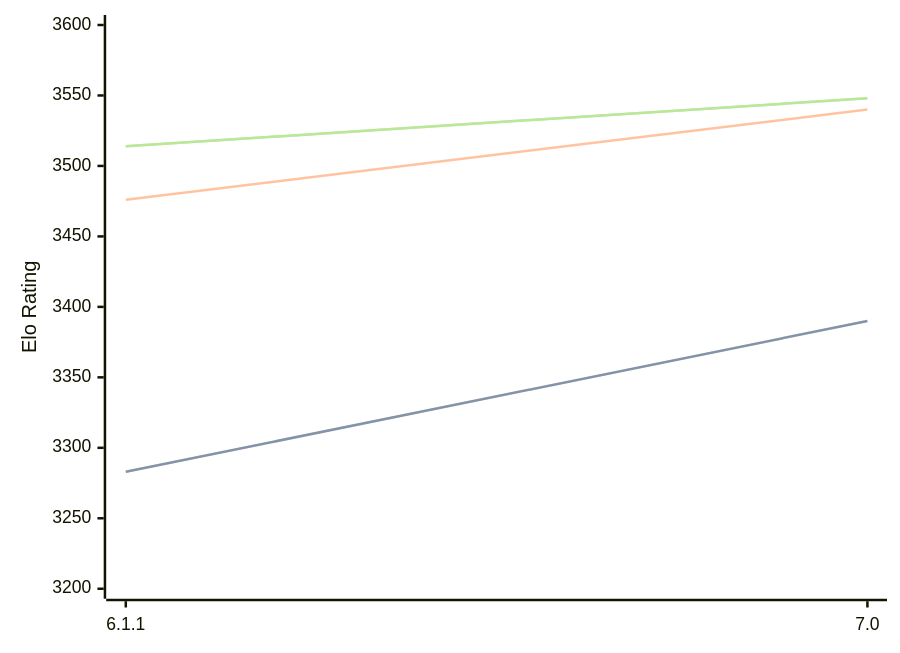
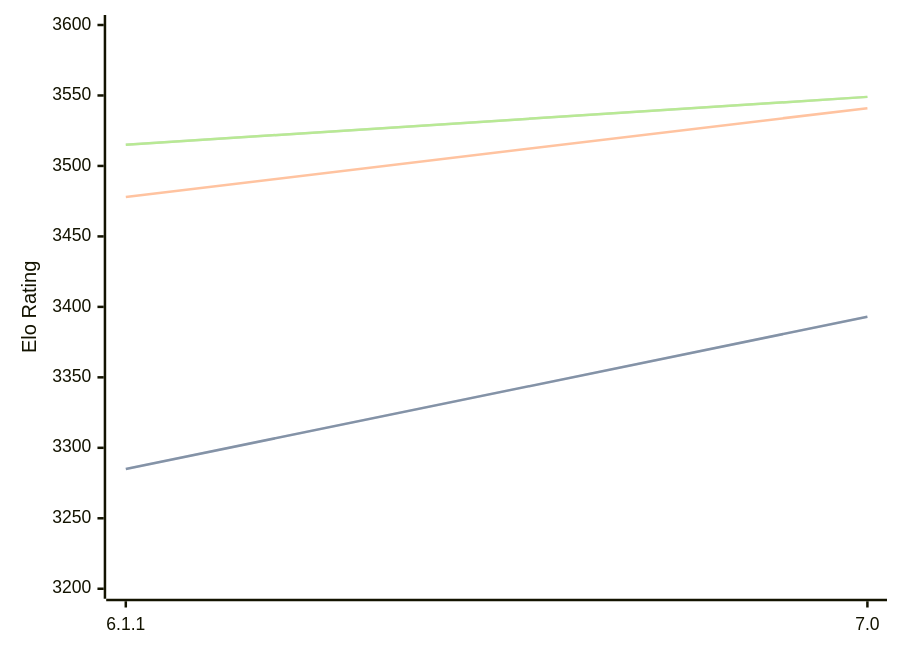
One commit to computer-chess-index/cci changed the diagram in engines/Astra.md. Above: the diagram before and after it, drawn with Mermaid. The commit also changed other lines of this file, not shown here.

Commit message:
Update CCI Ratings (ELO VLTC) - 2026-09-01

````diff
--- a/engines/Astra.md
+++ b/engines/Astra.md
@@ -32,11 +32,11 @@
 ```mermaid
 %%{init: {"theme":"base","themeVariables":{"seriesColors:['#a3a3a3','#222221','#faa371']}}}%%
 xychart-beta
   x-axis ["6.1.1", "7.0"]
   y-axis "Elo Rating" 3200 --> 3600
-  line "" [3283, 3390]
-  line "STC (8.0+0.08s)" [3283, 3390]
-  line "LTC (60.0+0.60s)" [3476, 3540]
-  line "" [3514, 3548]
-  line "VLTC (2m24s+1.12s)" [3514, 3548]
+  line "" [3285, 3393]
+  line "STC (8.0+0.08s)" [3285, 3393]
+  line "LTC (60.0+0.60s)" [3478, 3541]
+  line "" [3515, 3549]
+  line "VLTC (2m24s+1.12s)" [3515, 3549]
 ```
````
